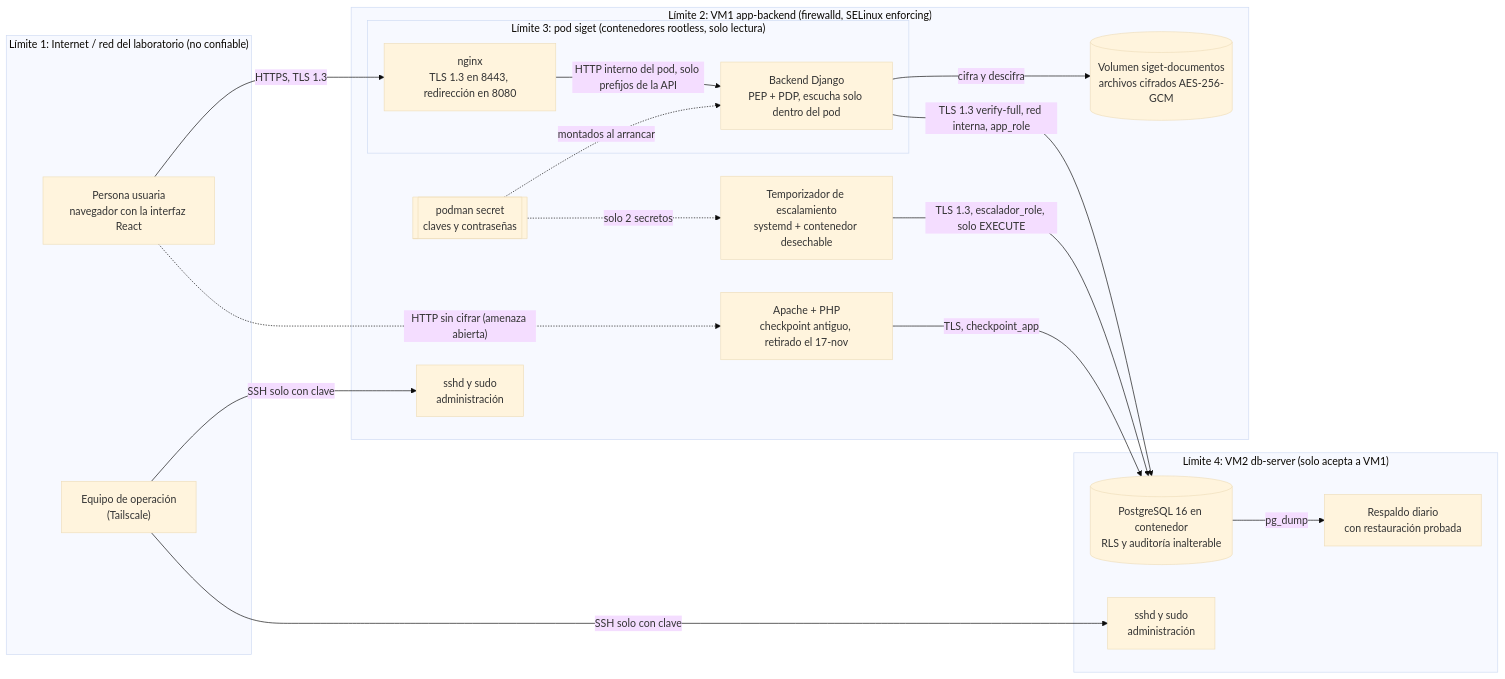
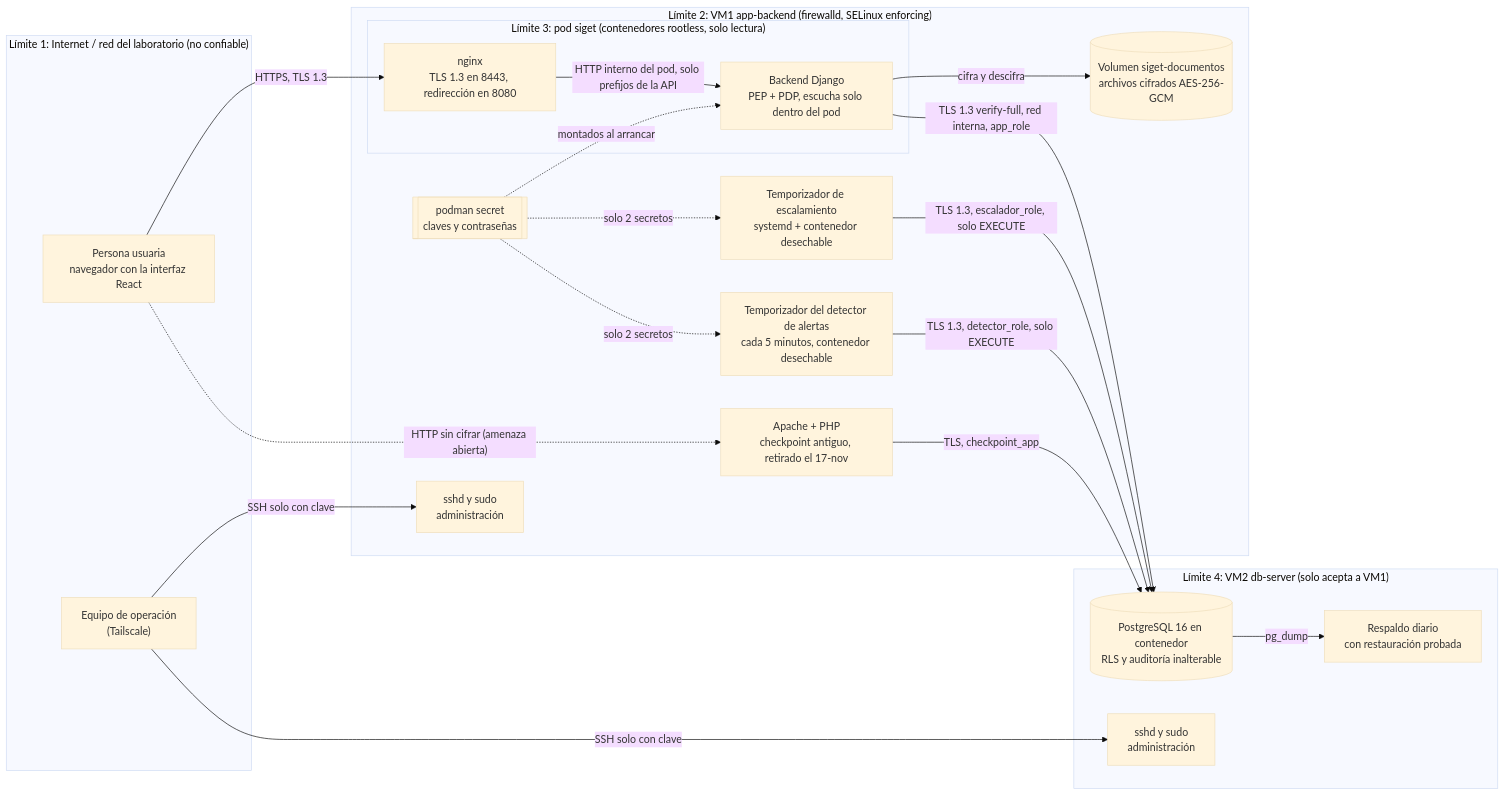
Before and after one commit to jeisonvasquez563-gif/siget: the diagram in docs/sdlc/03-modelo-de-amenazas.md, drawn with Mermaid (base theme). The commit also changed other lines of this file and 9 other files, not shown here.

````diff
--- a/docs/sdlc/03-modelo-de-amenazas.md
+++ b/docs/sdlc/03-modelo-de-amenazas.md
@@ -25,38 +25,41 @@
 ```mermaid
 flowchart LR
   subgraph EXT["Límite 1: Internet / red del laboratorio (no confiable)"]
     U["Persona usuaria<br/>navegador con la interfaz React"]
     EQ["Equipo de operación<br/>(Tailscale)"]
   end
 
   subgraph VM1["Límite 2: VM1 app-backend (firewalld, SELinux enforcing)"]
     ADM1["sshd y sudo<br/>administración"]
     AP["Apache + PHP<br/>checkpoint antiguo, retirado el 17-nov"]
     TMR["Temporizador de escalamiento<br/>systemd + contenedor desechable"]
+    DET["Temporizador del detector de alertas<br/>cada 5 minutos, contenedor desechable"]
     SEC[["podman secret<br/>claves y contraseñas"]]
     VOL[("Volumen siget-documentos<br/>archivos cifrados AES-256-GCM")]
     subgraph POD["Límite 3: pod siget (contenedores rootless, solo lectura)"]
       NG["nginx<br/>TLS 1.3 en 8443, redirección en 8080"]
       BE["Backend Django<br/>PEP + PDP, escucha solo dentro del pod"]
     end
   end
 
   subgraph VM2["Límite 4: VM2 db-server (solo acepta a VM1)"]
     ADM2["sshd y sudo<br/>administración"]
     PG[("PostgreSQL 16 en contenedor<br/>RLS y auditoría inalterable")]
     RES["Respaldo diario<br/>con restauración probada"]
   end
 
   U -->|"HTTPS, TLS 1.3"| NG
   U -.->|"HTTP sin cifrar (amenaza abierta)"| AP
   EQ -->|"SSH solo con clave"| ADM1
   EQ -->|"SSH solo con clave"| ADM2
   NG -->|"HTTP interno del pod, solo prefijos de la API"| BE
   SEC -.->|"montados al arrancar"| BE
   SEC -.->|"solo 2 secretos"| TMR
+  SEC -.->|"solo 2 secretos"| DET
   BE -->|"cifra y descifra"| VOL
   BE -->|"TLS 1.3 verify-full, red interna, app_role"| PG
   TMR -->|"TLS 1.3, escalador_role, solo EXECUTE"| PG
+  DET -->|"TLS 1.3, detector_role, solo EXECUTE"| PG
   AP -->|"TLS, checkpoint_app"| PG
   PG -->|"pg_dump"| RES
 ```
````
